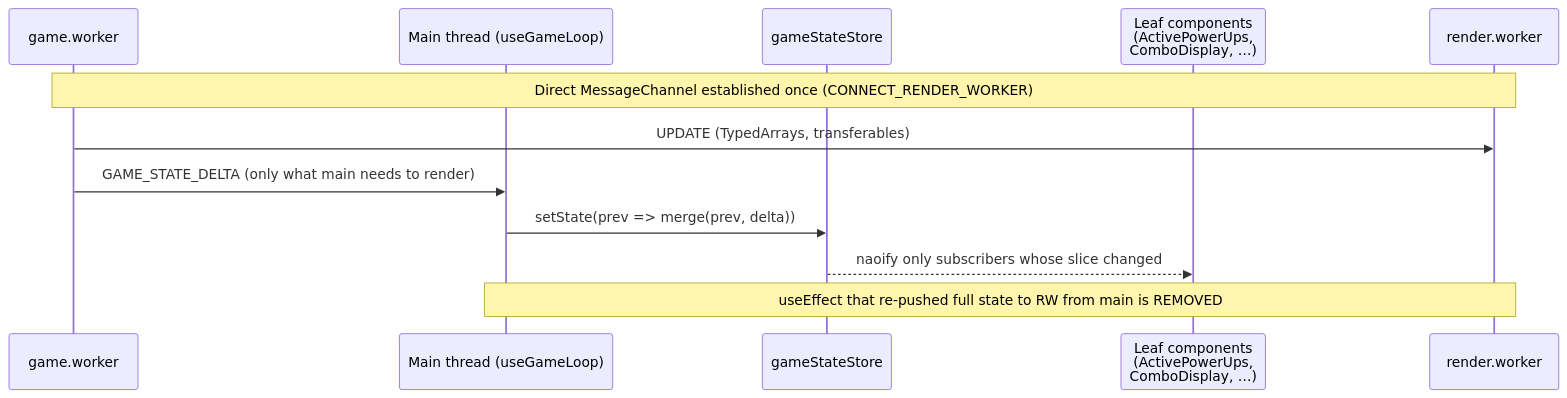
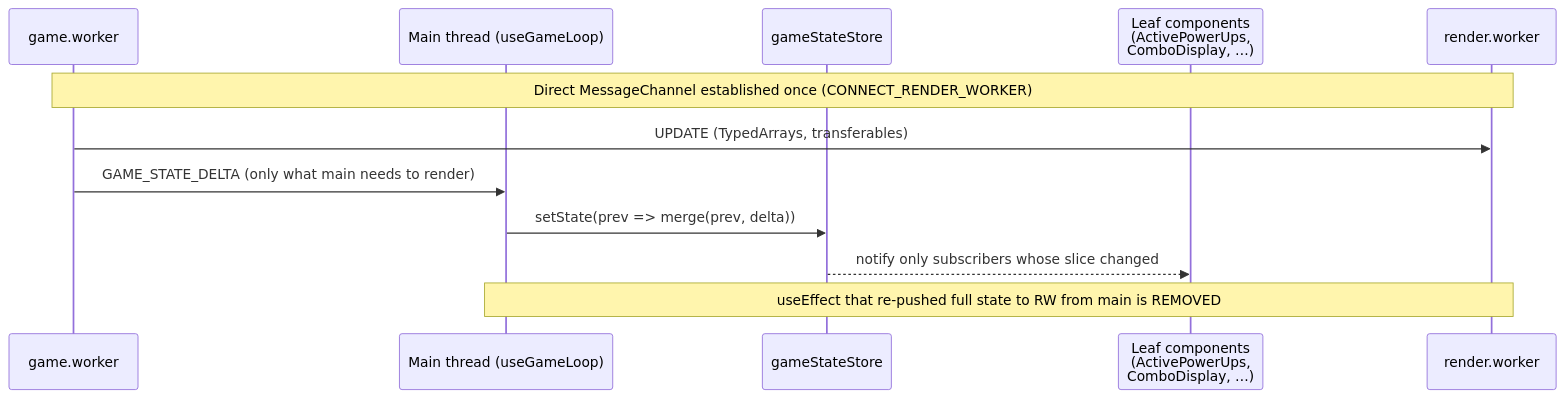
The diagram in docs/SDD/specs/REF-04-main-thread-long-tasks.md (rafaeljfec2/connexto-snakegame-funny), drawn with Mermaid before and after one commit. The commit also changed other lines of this file and 50 other files, not shown here.

````diff
--- a/docs/SDD/specs/REF-04-main-thread-long-tasks.md
+++ b/docs/SDD/specs/REF-04-main-thread-long-tasks.md
@@ -51,15 +51,15 @@
 ```mermaid
 sequenceDiagram
     participant GW as game.worker
     participant Main as Main thread (useGameLoop)
     participant Store as gameStateStore
     participant Leaf as Leaf components<br/>(ActivePowerUps,<br/>ComboDisplay, …)
     participant RW as render.worker
 
     Note over GW,RW: Direct MessageChannel established once (CONNECT_RENDER_WORKER)
     GW->>RW: UPDATE (TypedArrays, transferables)
     GW->>Main: GAME_STATE_DELTA (only what main needs to render)
     Main->>Store: setState(prev => merge(prev, delta))
-    Store-->>Leaf: naoify only subscribers whose slice changed
+    Store-->>Leaf: notify only subscribers whose slice changed
     Note over Main,RW: useEffect that re-pushed full state to RW from main is REMOVED
 ```
````
